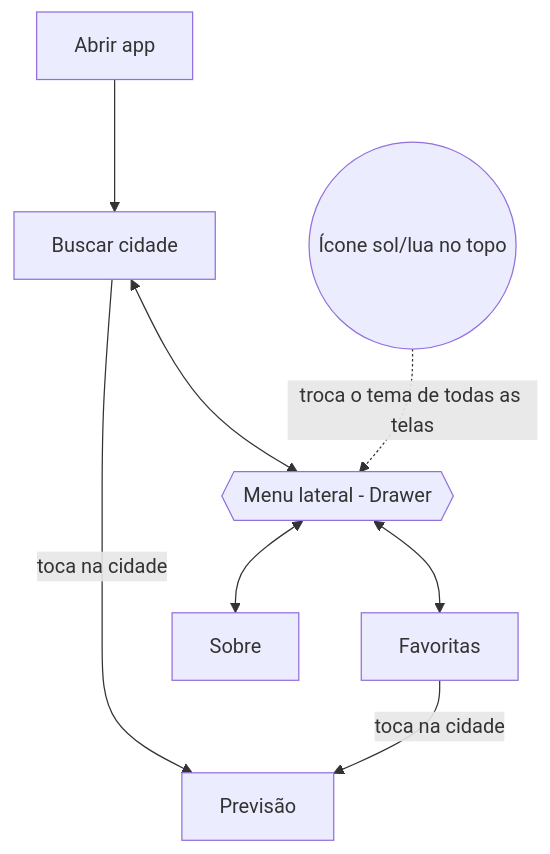
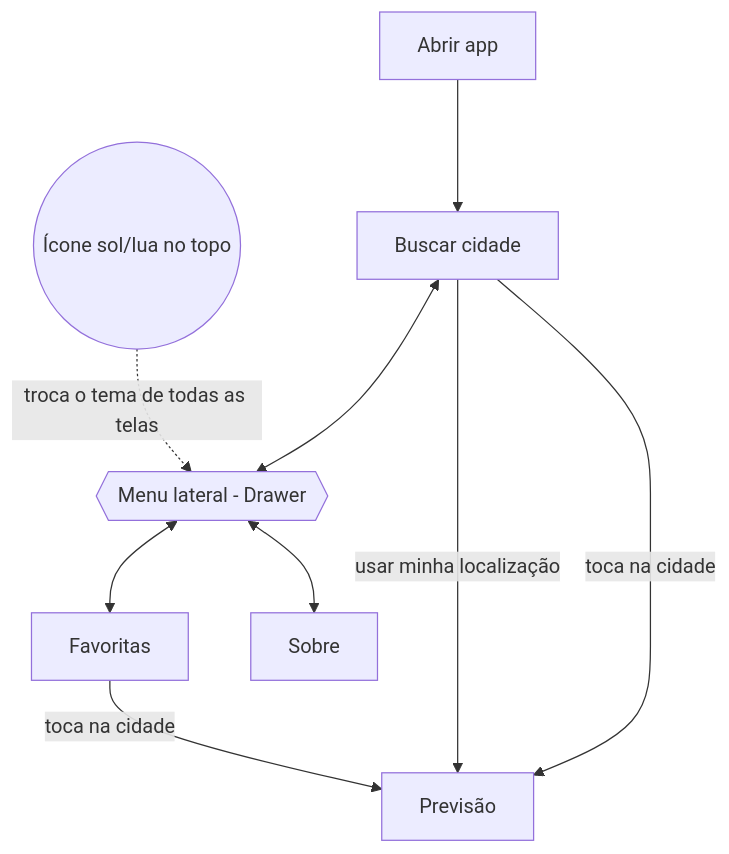
One commit to evertton82/chove-ou-nao-chove changed the second of 6 diagrams in README.md. Above: the diagram before and after it, drawn with Mermaid. The commit also changed other lines of this file, not shown here.

Commit message:
Atualiza README com a localização

````diff
--- a/README.md
+++ b/README.md
@@ -77,11 +80,12 @@
 ```mermaid
 flowchart TD
     A[Abrir app] --> B[Buscar cidade]
     M{{Menu lateral - Drawer}}
     B <--> M
     M <--> F[Favoritas]
     M <--> S[Sobre]
     B -- toca na cidade --> P[Previsão]
+    B -- usar minha localização --> P
     F -- toca na cidade --> P
     T((Ícone sol/lua no topo)) -. troca o tema de todas as telas .-> M
 ```
````
